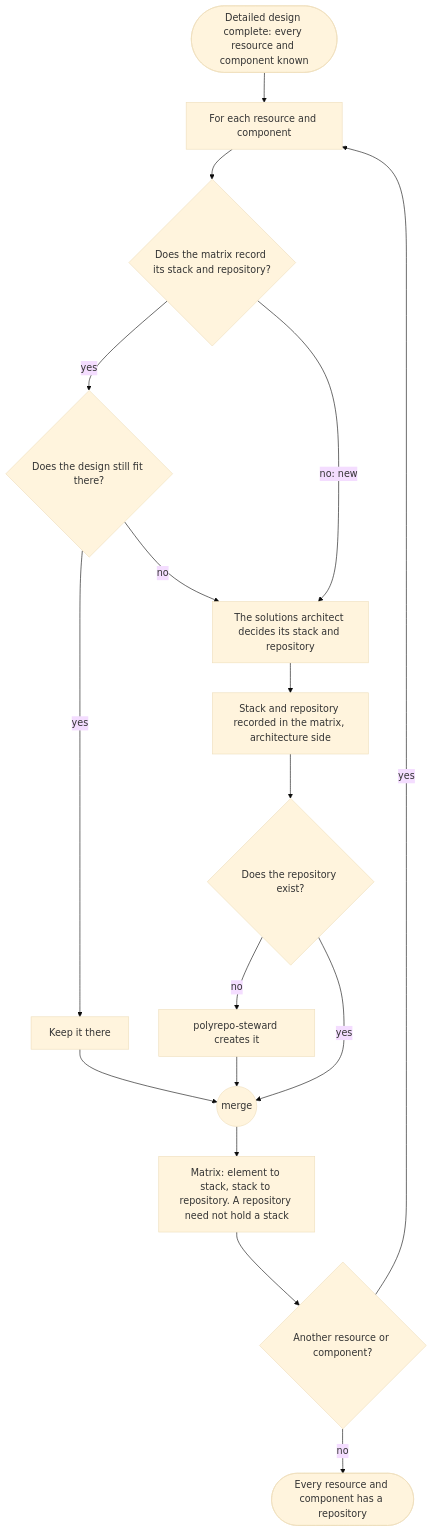
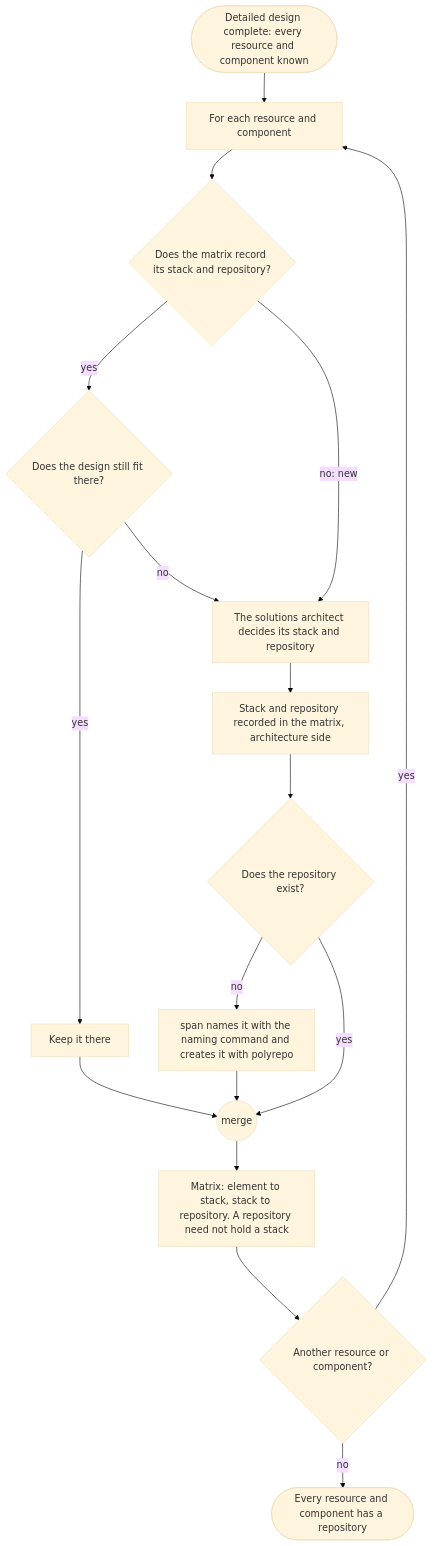
One commit to mark-satterfield/toolset changed the fifth of 8 diagrams in plugins/agent-teams-workforce/blueprint/design/pipelines-elaboration.md. Above: the diagram before and after it, drawn with Mermaid (base theme). The commit also changed other lines of this file and 6 other files, not shown here.

````diff
--- a/plugins/agent-teams-workforce/blueprint/design/pipelines-elaboration.md
+++ b/plugins/agent-teams-workforce/blueprint/design/pipelines-elaboration.md
@@ -401,19 +401,19 @@
 ```mermaid
 flowchart TD
     s(["Detailed design complete: every resource and component known"]) --> each["For each resource and component"]
     each --> known{"Does the matrix record its stack and repository?"}
     known -->|"yes"| fit{"Does the design still fit there?"}
     fit -->|"yes"| keep["Keep it there"]
     fit -->|"no"| place
     known -->|"no: new"| place["The solutions architect decides its stack and repository"]
     place --> decide["Stack and repository recorded in the matrix, architecture side"]
     decide --> newRepo{"Does the repository exist?"}
-    newRepo -->|"no"| create["polyrepo-steward creates it"]
+    newRepo -->|"no"| create["span names it with the naming command and creates it with polyrepo"]
     newRepo -->|"yes"| m(("merge"))
     create --> m
     keep --> m
     m --> rec["Matrix: element to stack, stack to repository. A repository need not hold a stack"]
     rec --> next{"Another resource or component?"}
     next -->|"yes"| each
     next -->|"no"| e(["Every resource and component has a repository"])
 ```
````
